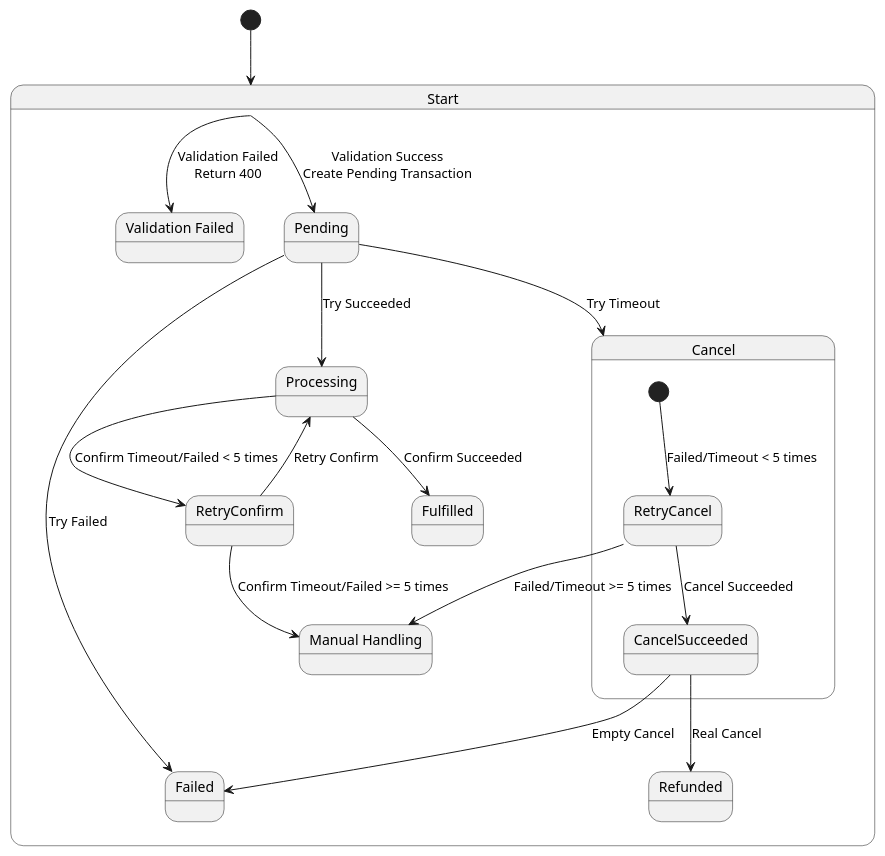
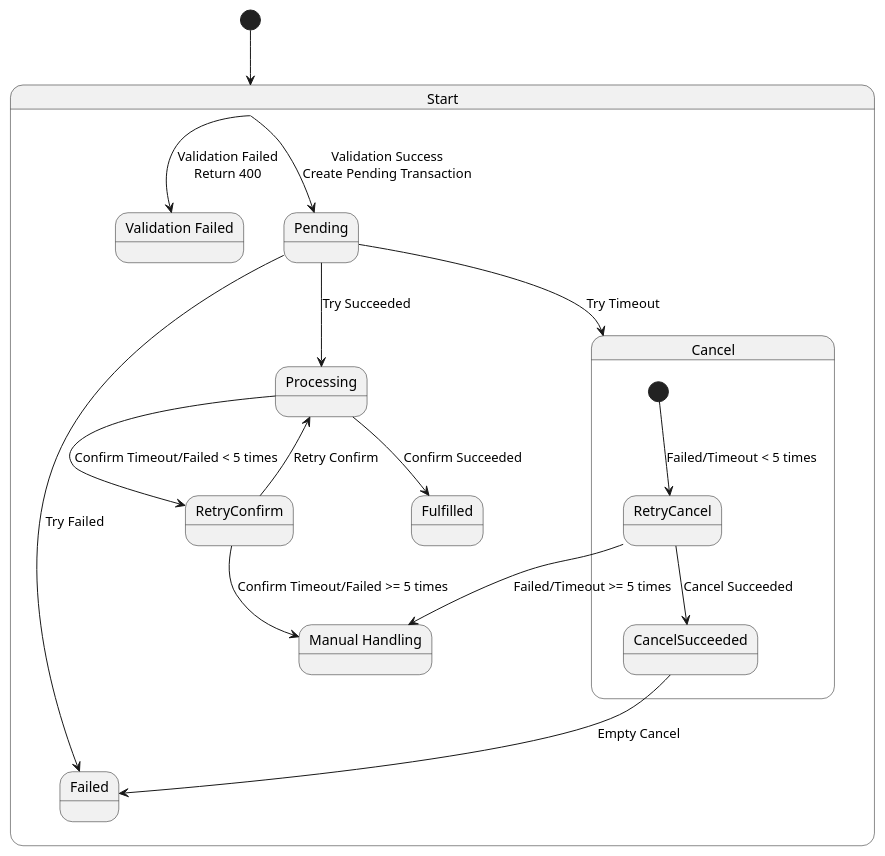
The diagram in README.md (CarmeloXue/transfer_system), drawn with PlantUML before and after one commit. The commit also changed other lines of this file and 10 other files, not shown here.

````diff
--- a/README.md
+++ b/README.md
@@ -236,37 +246,35 @@
 ```plantuml
 @startuml
 
 [*] --> Start
 
 state Start {
   state "Validation Failed" as ValidationFailed
   state "Pending" as Pending
   state "Failed" as Failed
   state "Processing" as Processing
   state "Fulfilled" as Fulfilled
-  state "Refunded" as Refunded
   state "Manual Handling" as ManualHandling
 
   Start --> ValidationFailed : Validation Failed\nReturn 400
   Start --> Pending : Validation Success\nCreate Pending Transaction
 
   Pending --> Failed : Try Failed
   Pending --> Processing : Try Succeeded
   Pending --> Cancel : Try Timeout
 
   state Cancel {
     [*] --> RetryCancel : Failed/Timeout < 5 times
     RetryCancel --> ManualHandling : Failed/Timeout >= 5 times
     RetryCancel --> CancelSucceeded : Cancel Succeeded
     CancelSucceeded --> Failed : Empty Cancel
-    CancelSucceeded --> Refunded : Real Cancel
   }
 
   Processing --> Fulfilled : Confirm Succeeded
   Processing --> RetryConfirm : Confirm Timeout/Failed < 5 times
   RetryConfirm --> ManualHandling : Confirm Timeout/Failed >= 5 times
   RetryConfirm --> Processing : Retry Confirm
 }
 
 @enduml
 ```
````
